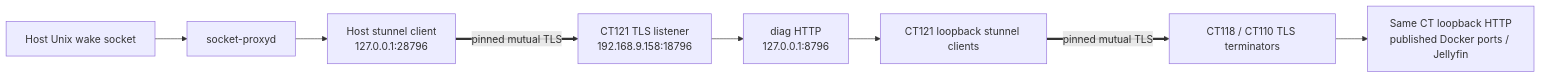
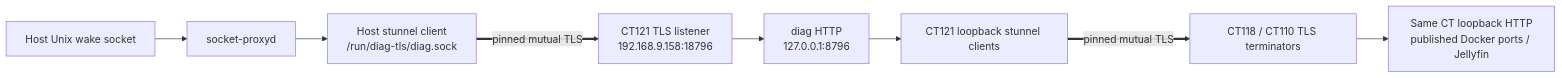
The diagram in docs/diag-security.md (shenhong96/infrastructures), drawn with Mermaid before and after one commit. The commit also changed other lines of this file and 18 other files, not shown here.

````diff
--- a/docs/diag-security.md
+++ b/docs/diag-security.md
@@ -12,10 +12,10 @@
 ```mermaid
 flowchart LR
   U[Host Unix wake socket] --> P[socket-proxyd]
-  P --> HC[Host stunnel client<br/>127.0.0.1:28796]
+  P --> HC[Host stunnel client<br/>/run/diag-tls/diag.sock]
   HC == pinned mutual TLS ==> DS[CT121 TLS listener<br/>192.168.9.158:18796]
   DS --> D[diag HTTP<br/>127.0.0.1:8796]
   D --> DC[CT121 loopback stunnel clients]
   DC == pinned mutual TLS ==> A[CT118 / CT110 TLS terminators]
   A --> L[Same CT loopback HTTP<br/>published Docker ports / Jellyfin]
 ```
````
